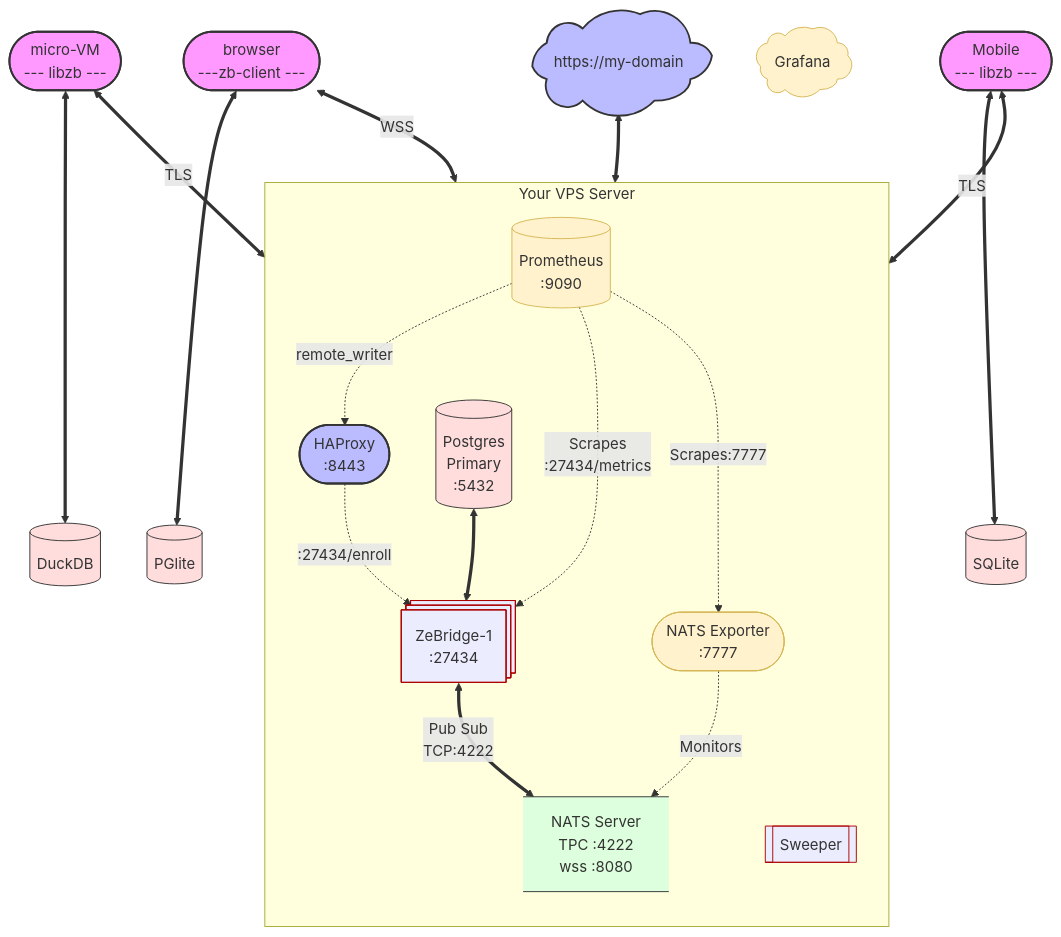
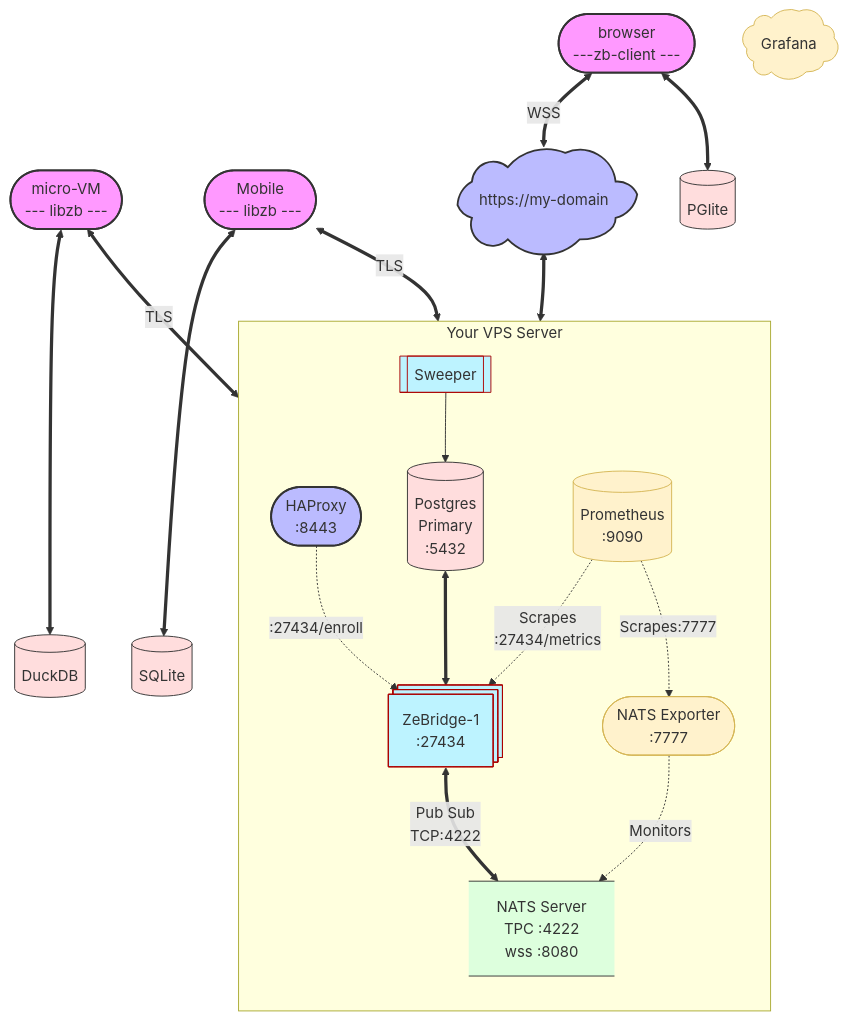
Before and after one commit to ndrean/ZeBridge: the second of 3 diagrams in README.md, drawn with Mermaid. The commit also changed other lines of this file and 57 other files, not shown here.

```diff
--- a/README.md
+++ b/README.md
@@ -224,7 +225,7 @@
     classDef internal fill:#dfd,stroke:#333,stroke-width:1px;
     classDef secure fill:#fdd,stroke:#333,stroke-width:1px;
     classDef telemetry fill:#fff2cc,stroke:#d6b656,stroke-width:1px;
-    classDef bridge fill:##bdf3ff,stroke:#ac0100,stroke-with:2px;
+    classDef bridge fill:#bdf3ff,stroke:#ac0100,stroke-with:2px;
     classDef maybe_external fill:#dfd,stroke:#333,stroke-width:2px,stroke-dasharray: 5 5;
 
     %% External Clients
@@ -241,12 +242,12 @@
 
     %% External Connections to Cloudflare
     %%CF <==> |:8080 browser| NATS
-    MicroVM <==> |TLS| NATS
     MicroVM <==>LocalDuckDB
     %%PG -->|hot standby| PGREP
-    UserBrowser <==>|WSS| NATS
+    UserBrowser <==>|WSS| CF
     UserBrowser <==>LocalPGlite
     UserMobile <==> |TLS| NATS
+    MicroVM <==> |TLS| NATS
     UserMobile <==>LocalSQLite
     %%UserBrowser --> CF
     %%UserMobile --> CF
@@ -290,12 +291,13 @@
     %%PG ==>|R|Bridge
     PG <==> Bridge
     Bridge <==>|Pub Sub  <br> TCP:4222| NATS
+    Sweeper -->PG
     
     %% HAProxy Internal Layer 7 Routing
     %%HA <==>|wss://localhost:8080| NATS
 
     %% Telemetry Data Flow
-    Prom -.-> |remote_writer| HA
+    %%Prom -.-> |remote_writer| Grafana
     Prom -.->|Scrapes:7777| NatsExp
     Prom -.->|Scrapes<br>:27434/metrics| Bridge
     NatsExp -.->|Monitors| NATS
```
